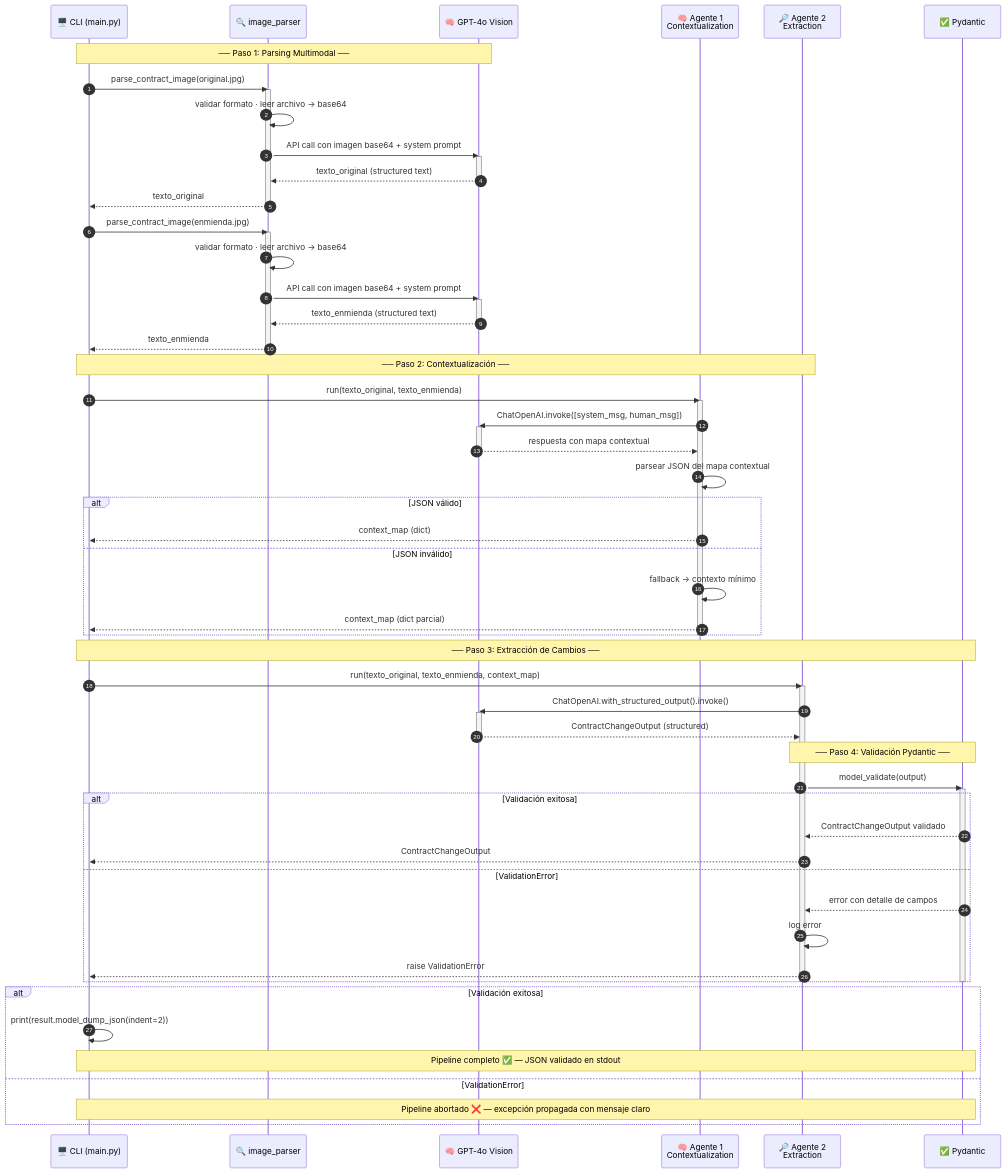
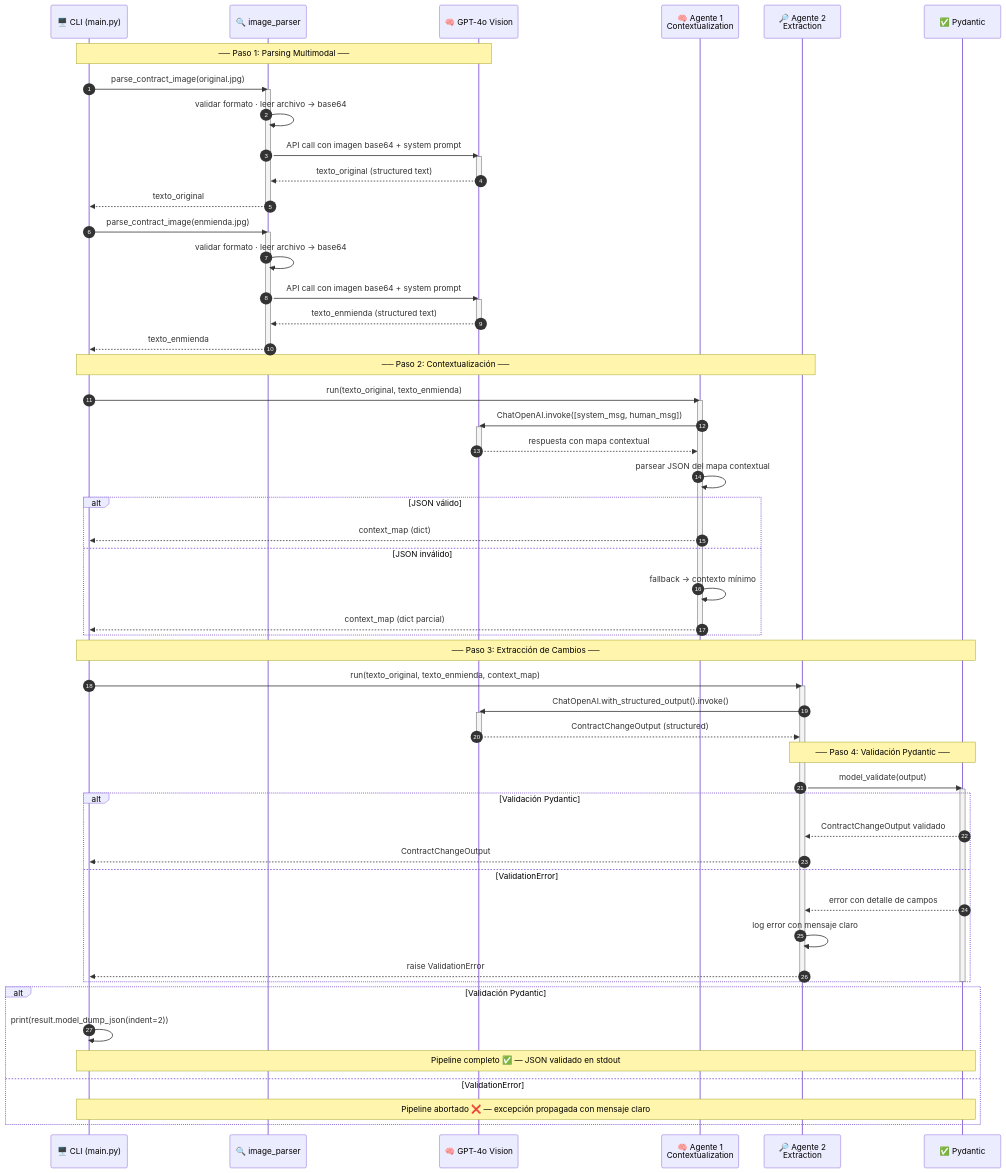
Before and after one commit to oriasmauro/henry-aem4: the second of 5 diagrams in README.md, drawn with Mermaid.

````diff
--- a/README.md
+++ b/README.md
@@ -74,80 +74,80 @@
 ```mermaid
 sequenceDiagram
     autonumber
     participant CLI as 🖥️ CLI (main.py)
     participant IP as 🔍 image_parser
     participant GPT as 🧠 GPT-4o Vision
     participant CA as 🧠 Agente 1<br/>Contextualization
     participant EA as 🔎 Agente 2<br/>Extraction
     participant PYD as ✅ Pydantic
 
     Note over CLI,GPT: ── Paso 1: Parsing Multimodal ──
 
     CLI->>IP: parse_contract_image(original.jpg)
     activate IP
     IP->>IP: validar formato · leer archivo → base64
     IP->>GPT: API call con imagen base64 + system prompt
     activate GPT
     GPT-->>IP: texto_original (structured text)
     deactivate GPT
     IP-->>CLI: texto_original
     deactivate IP
 
     CLI->>IP: parse_contract_image(enmienda.jpg)
     activate IP
     IP->>IP: validar formato · leer archivo → base64
     IP->>GPT: API call con imagen base64 + system prompt
     activate GPT
     GPT-->>IP: texto_enmienda (structured text)
     deactivate GPT
     IP-->>CLI: texto_enmienda
     deactivate IP
 
     Note over CLI,EA: ── Paso 2: Contextualización ──
 
     CLI->>CA: run(texto_original, texto_enmienda)
     activate CA
     CA->>GPT: ChatOpenAI.invoke([system_msg, human_msg])
     activate GPT
     GPT-->>CA: respuesta con mapa contextual
     deactivate GPT
     CA->>CA: parsear JSON del mapa contextual
     alt JSON válido
         CA-->>CLI: context_map (dict)
     else JSON inválido
         CA->>CA: fallback → contexto mínimo
         CA-->>CLI: context_map (dict parcial)
     end
     deactivate CA
 
     Note over CLI,PYD: ── Paso 3: Extracción de Cambios ──
 
     CLI->>EA: run(texto_original, texto_enmienda, context_map)
     activate EA
     EA->>GPT: ChatOpenAI.with_structured_output().invoke()
     activate GPT
     GPT-->>EA: ContractChangeOutput (structured)
     deactivate GPT
 
     Note over EA,PYD: ── Paso 4: Validación Pydantic ──
 
     EA->>PYD: model_validate(output)
     activate PYD
-    alt Validación exitosa
+    alt Validación Pydantic
         PYD-->>EA: ContractChangeOutput validado
         EA-->>CLI: ContractChangeOutput
     else ValidationError
         PYD-->>EA: error con detalle de campos
-        EA->>EA: log error
+        EA->>EA: log error con mensaje claro
         EA-->>CLI: raise ValidationError
     end
     deactivate PYD
     deactivate EA
 
-    alt Validación exitosa
+    alt Validación Pydantic
         CLI->>CLI: print(result.model_dump_json(indent=2))
         Note over CLI,PYD: Pipeline completo ✅ — JSON validado en stdout
     else ValidationError
         Note over CLI,PYD: Pipeline abortado ❌ — excepción propagada con mensaje claro
     end
 ```
````
